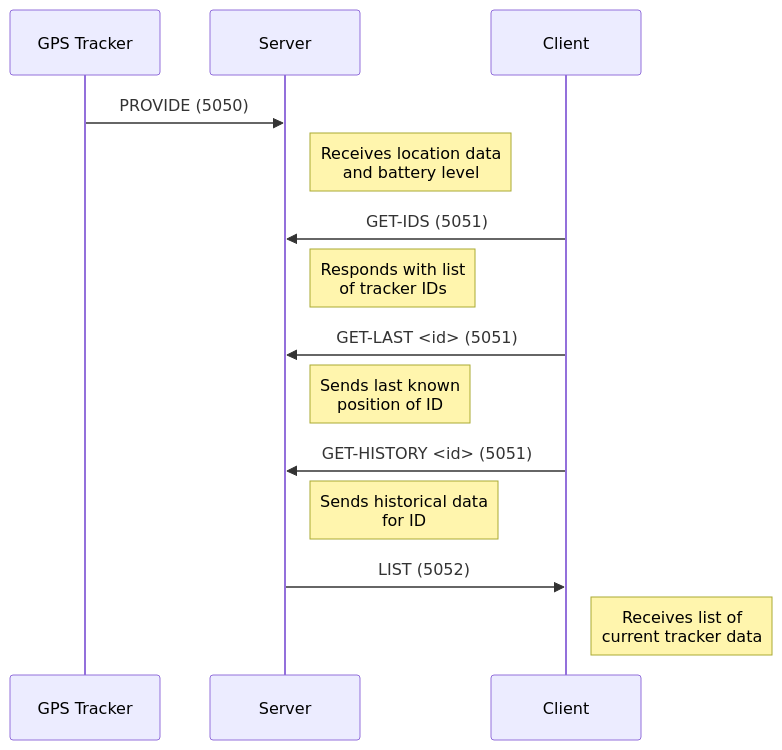
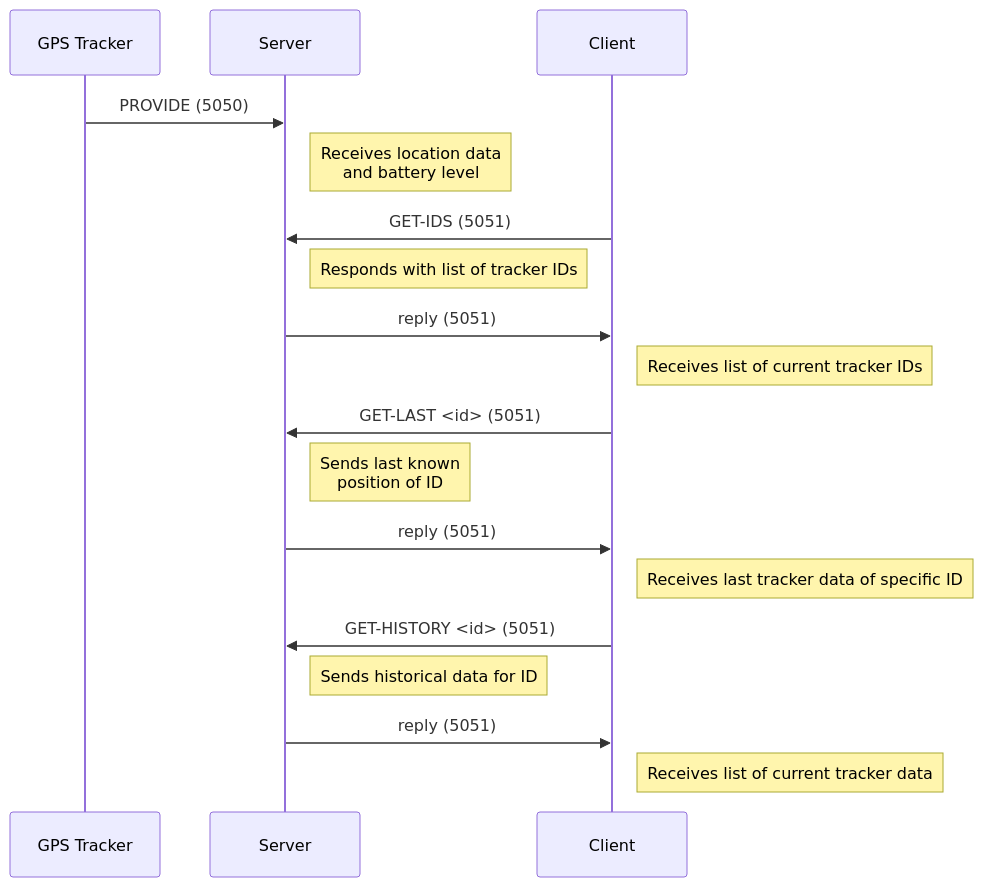
One commit to lucaslattion/DAI-2023-24-Practical-work-3-Lucas-Lattion-and-Romain-Humair changed the first of 2 diagrams in README.md. Above: the diagram before and after it, drawn with Mermaid. The commit also changed other lines of this file and 1 other file, not shown here.

````diff
--- a/README.md
+++ b/README.md
@@ -174,24 +254,29 @@
 ```mermaid
 sequenceDiagram
     participant Tracker as GPS Tracker
     participant Server
     participant Client
 
     %% Messages from Tracker to Server
     Tracker->>Server: PROVIDE (5050)
     Note right of Server: Receives location data<br>and battery level
 
     %% Messages from Client to Server
     Client->>Server: GET-IDS (5051)
-    Note right of Server: Responds with list<br>of tracker IDs
+    Note right of Server: Responds with list of tracker IDs
+    %% Message from Server to Client
+    Server->>Client: reply (5051)
+    Note right of Client: Receives list of current tracker IDs
 
     Client->>Server: GET-LAST <id> (5051)
     Note right of Server: Sends last known<br>position of ID
-
+    %% Message from Server to Client
+    Server->>Client: reply (5051)
+    Note right of Client: Receives last tracker data of specific ID
+    
     Client->>Server: GET-HISTORY <id> (5051)
-    Note right of Server: Sends historical data<br>for ID
-
+    Note right of Server: Sends historical data for ID
     %% Message from Server to Client
-    Server->>Client: LIST (5052)
-    Note right of Client: Receives list of<br>current tracker data
+    Server->>Client: reply (5051)
+    Note right of Client: Receives list of current tracker data
 ```
````
